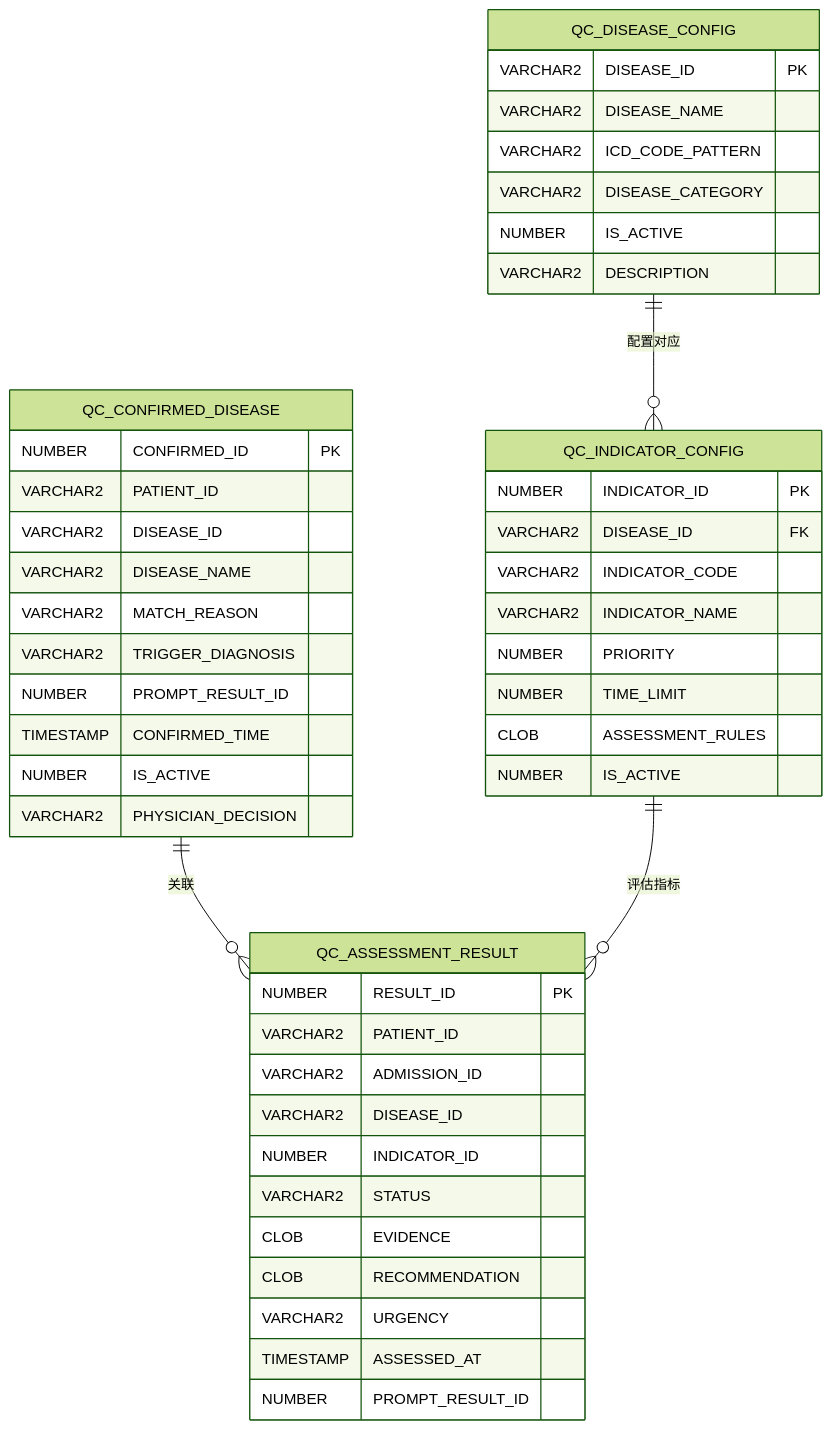
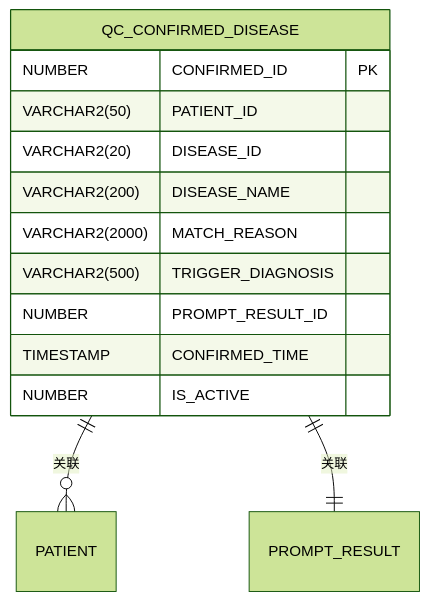
Before and after one commit to liuzh2008/med_ai_assistant_workspace: the fifth of 6 diagrams in .qoder/repowiki/zh/content/QC病种匹配系统.md, drawn with Mermaid (forest theme). The commit also changed other lines of this file and 5 other files, not shown here.

````diff
--- a/.qoder/repowiki/zh/content/QC病种匹配系统.md
+++ b/.qoder/repowiki/zh/content/QC病种匹配系统.md
@@ -271,49 +243,16 @@
 ```mermaid
 erDiagram
 QC_CONFIRMED_DISEASE {
 NUMBER CONFIRMED_ID PK
-VARCHAR2 PATIENT_ID
-VARCHAR2 DISEASE_ID
-VARCHAR2 DISEASE_NAME
-VARCHAR2 MATCH_REASON
-VARCHAR2 TRIGGER_DIAGNOSIS
+VARCHAR2(50) PATIENT_ID
+VARCHAR2(20) DISEASE_ID
+VARCHAR2(200) DISEASE_NAME
+VARCHAR2(2000) MATCH_REASON
+VARCHAR2(500) TRIGGER_DIAGNOSIS
 NUMBER PROMPT_RESULT_ID
 TIMESTAMP CONFIRMED_TIME
 NUMBER IS_ACTIVE
-VARCHAR2 PHYSICIAN_DECISION
 }
-QC_ASSESSMENT_RESULT {
-NUMBER RESULT_ID PK
-VARCHAR2 PATIENT_ID
-VARCHAR2 ADMISSION_ID
-VARCHAR2 DISEASE_ID
-NUMBER INDICATOR_ID
-VARCHAR2 STATUS
-CLOB EVIDENCE
-CLOB RECOMMENDATION
-VARCHAR2 URGENCY
-TIMESTAMP ASSESSED_AT
-NUMBER PROMPT_RESULT_ID
-}
-QC_DISEASE_CONFIG {
-VARCHAR2 DISEASE_ID PK
-VARCHAR2 DISEASE_NAME
-VARCHAR2 ICD_CODE_PATTERN
-VARCHAR2 DISEASE_CATEGORY
-NUMBER IS_ACTIVE
-VARCHAR2 DESCRIPTION
-}
-QC_INDICATOR_CONFIG {
-NUMBER INDICATOR_ID PK
-VARCHAR2 DISEASE_ID FK
-VARCHAR2 INDICATOR_CODE
-VARCHAR2 INDICATOR_NAME
-NUMBER PRIORITY
-NUMBER TIME_LIMIT
-CLOB ASSESSMENT_RULES
-NUMBER IS_ACTIVE
-}
-QC_CONFIRMED_DISEASE ||--o{ QC_ASSESSMENT_RESULT : 关联
-QC_DISEASE_CONFIG ||--o{ QC_INDICATOR_CONFIG : 配置对应
-QC_INDICATOR_CONFIG ||--o{ QC_ASSESSMENT_RESULT : 评估指标
+QC_CONFIRMED_DISEASE ||--o{ PATIENT : "关联"
+QC_CONFIRMED_DISEASE ||--|| PROMPT_RESULT : "关联"
 ```
````
